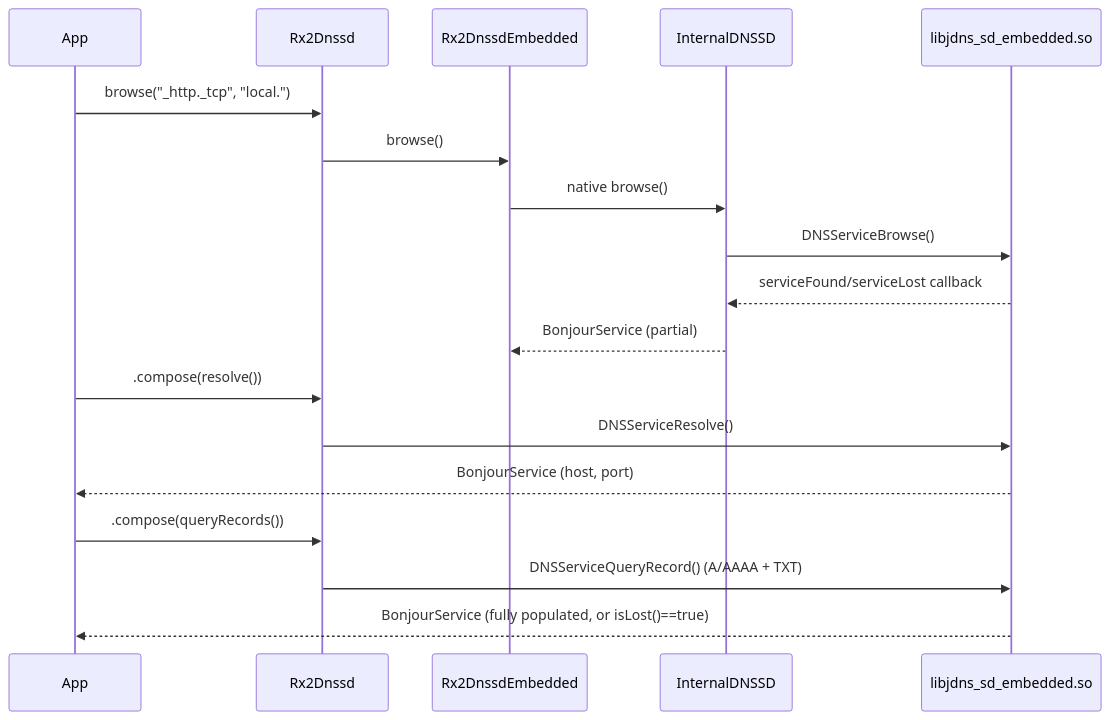
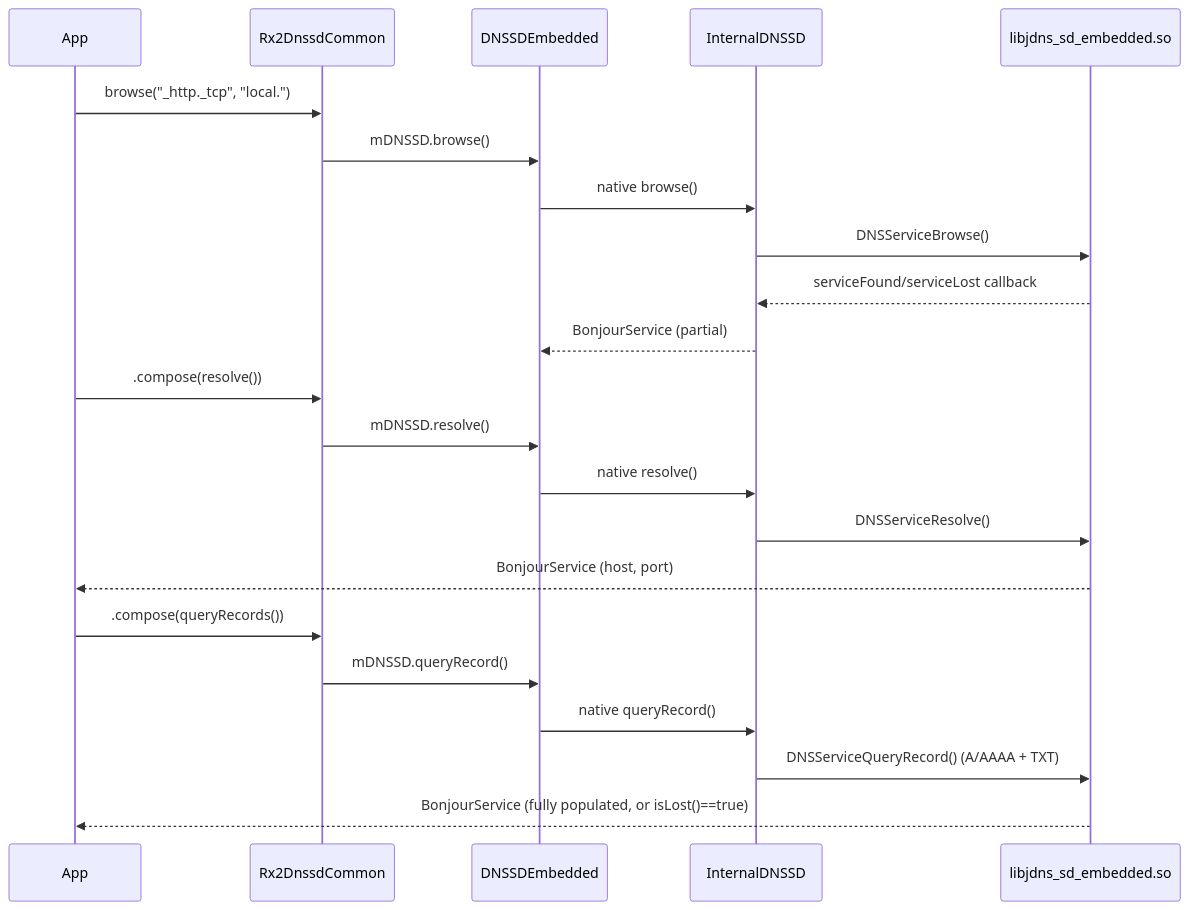
Before and after one commit to DisplayNote/RxDNSSD: the fourth of 4 diagrams in docs/architecture.md, drawn with Mermaid. The commit also changed other lines of this file and 3 other files, not shown here.

````diff
--- a/docs/architecture.md
+++ b/docs/architecture.md
@@ -61,21 +61,25 @@
 ```mermaid
 sequenceDiagram
     participant App
-    participant Rx2Dnssd
-    participant Rx2DnssdEmbedded
+    participant Rx2Dnssd as Rx2DnssdCommon
+    participant DNSSDEmbedded
     participant InternalDNSSD
     participant Native as libjdns_sd_embedded.so
 
     App->>Rx2Dnssd: browse("_http._tcp", "local.")
-    Rx2Dnssd->>Rx2DnssdEmbedded: browse()
-    Rx2DnssdEmbedded->>InternalDNSSD: native browse()
+    Rx2Dnssd->>DNSSDEmbedded: mDNSSD.browse()
+    DNSSDEmbedded->>InternalDNSSD: native browse()
     InternalDNSSD->>Native: DNSServiceBrowse()
     Native-->>InternalDNSSD: serviceFound/serviceLost callback
-    InternalDNSSD-->>Rx2DnssdEmbedded: BonjourService (partial)
+    InternalDNSSD-->>DNSSDEmbedded: BonjourService (partial)
     App->>Rx2Dnssd: .compose(resolve())
-    Rx2Dnssd->>Native: DNSServiceResolve()
+    Rx2Dnssd->>DNSSDEmbedded: mDNSSD.resolve()
+    DNSSDEmbedded->>InternalDNSSD: native resolve()
+    InternalDNSSD->>Native: DNSServiceResolve()
     Native-->>App: BonjourService (host, port)
     App->>Rx2Dnssd: .compose(queryRecords())
-    Rx2Dnssd->>Native: DNSServiceQueryRecord() (A/AAAA + TXT)
+    Rx2Dnssd->>DNSSDEmbedded: mDNSSD.queryRecord()
+    DNSSDEmbedded->>InternalDNSSD: native queryRecord()
+    InternalDNSSD->>Native: DNSServiceQueryRecord() (A/AAAA + TXT)
     Native-->>App: BonjourService (fully populated, or isLost()==true)
 ```
````
